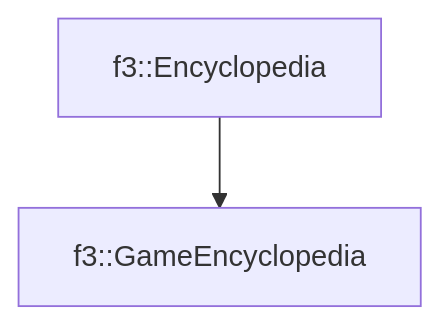
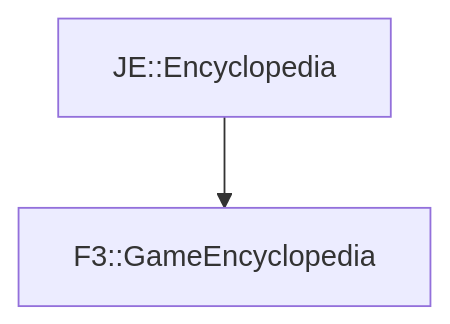
One commit to OpenJE/openvb changed the diagram in docs/f3/GameEncyclopedia.md. Above: the diagram before and after it, drawn with Mermaid. The commit also changed other lines of this file and 1399 other files, not shown here.

````diff
--- a/docs/f3/GameEncyclopedia.md
+++ b/docs/f3/GameEncyclopedia.md
@@ -16,4 +16,4 @@
 ```mermaid
 graph TD;
-    f3::Encyclopedia --> f3::GameEncyclopedia
+    JE::Encyclopedia --> F3::GameEncyclopedia
 ```
````
